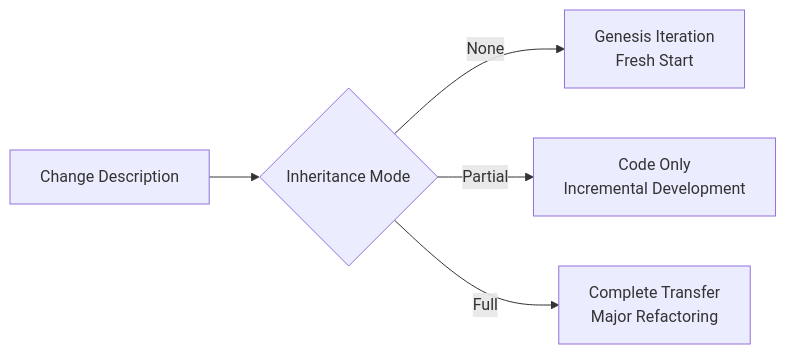
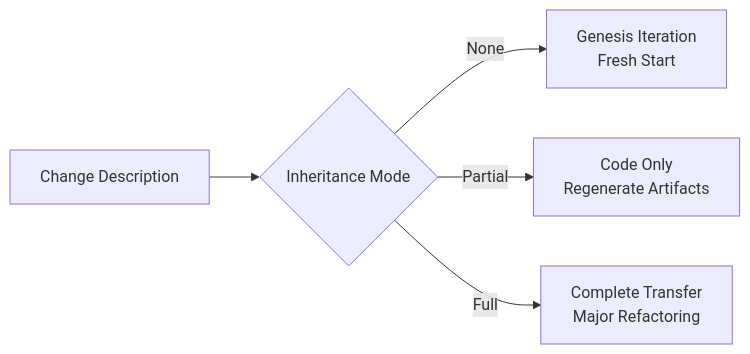
Before and after one commit to sopaco/cowork-forge: the third of 5 diagrams in litho.docs/en/4.Deep-Exploration/Domain Logic.md, drawn with Mermaid. The commit also changed other lines of this file and 7 other files, not shown here.

````diff
--- a/litho.docs/en/4.Deep-Exploration/Domain Logic.md
+++ b/litho.docs/en/4.Deep-Exploration/Domain Logic.md
@@ -176,7 +176,7 @@
 ```mermaid
 flowchart LR
     A[Change Description] --> B{Inheritance Mode}
     B -->|None| C[Genesis Iteration<br/>Fresh Start]
-    B -->|Partial| D[Code Only<br/>Incremental Development]
+    B -->|Partial| D[Code Only<br/>Regenerate Artifacts]
     B -->|Full| E[Complete Transfer<br/>Major Refactoring]
 ```
````
